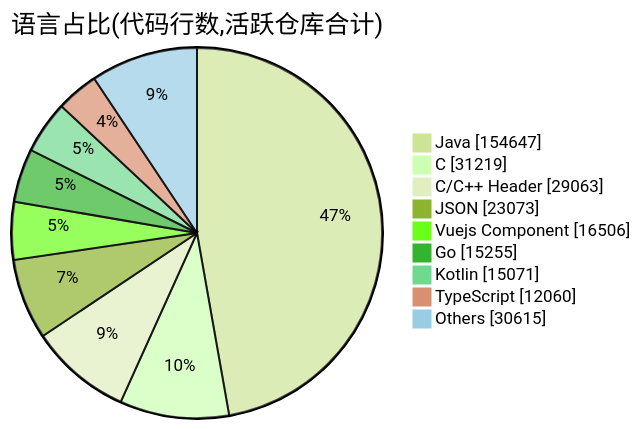
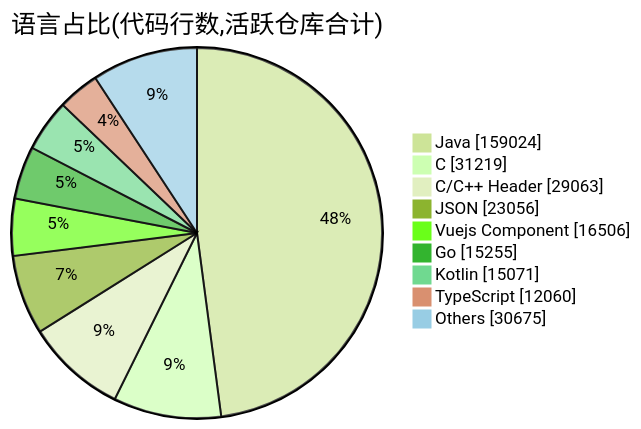
Before and after one commit to Conflux-Union/.github: the second of 2 diagrams in profile/README.md, drawn with Mermaid (forest theme). The commit also changed other lines of this file and 1 other file, not shown here.

````diff
--- a/profile/README.md
+++ b/profile/README.md
@@ -78,13 +78,13 @@
 ```mermaid
 pie showData
     title 语言占比(代码行数,活跃仓库合计)
-    "Java" : 154647
+    "Java" : 159024
     "C" : 31219
     "C/C++ Header" : 29063
-    "JSON" : 23073
+    "JSON" : 23056
     "Vuejs Component" : 16506
     "Go" : 15255
     "Kotlin" : 15071
     "TypeScript" : 12060
-    "Others" : 30615
+    "Others" : 30675
 ```
````
